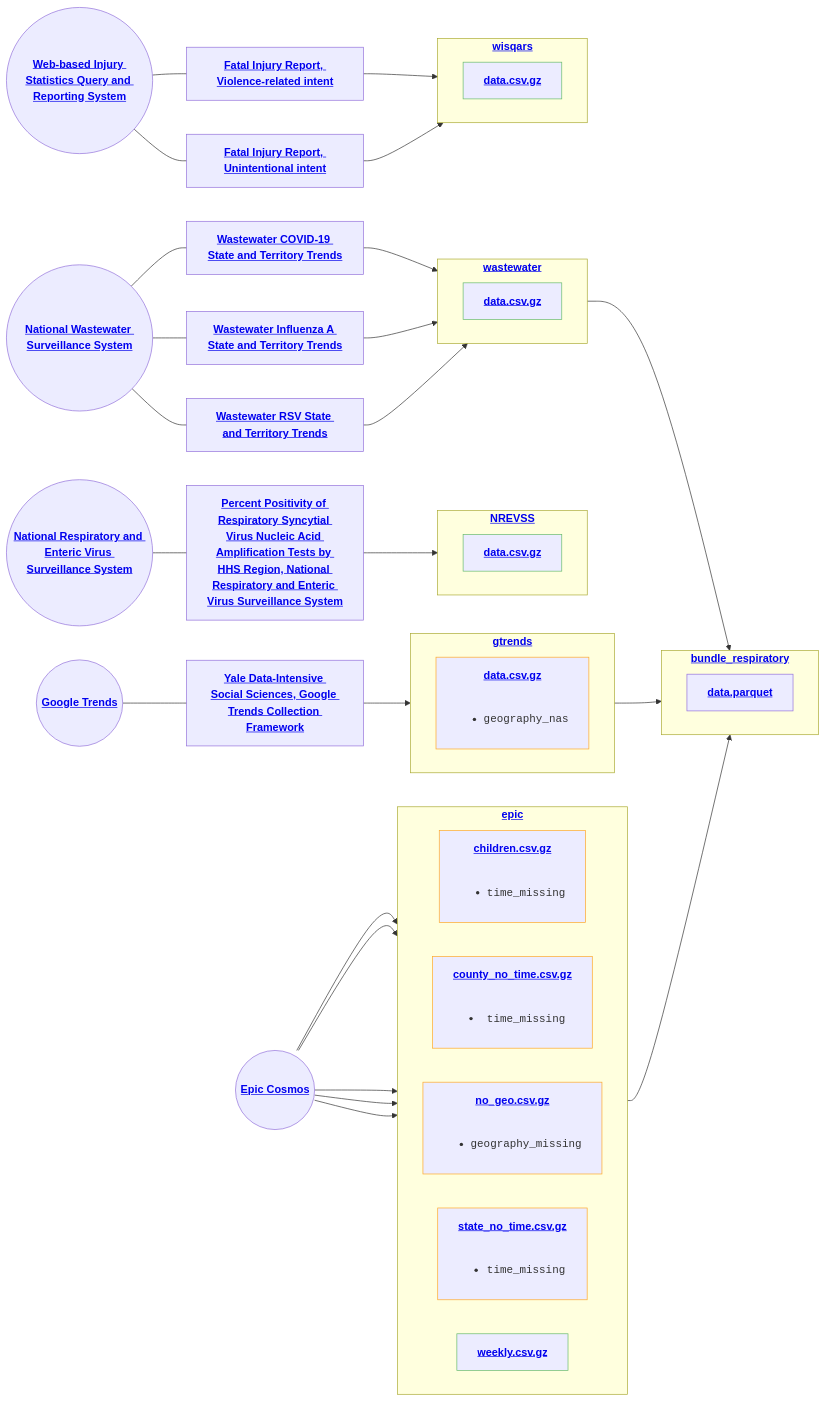
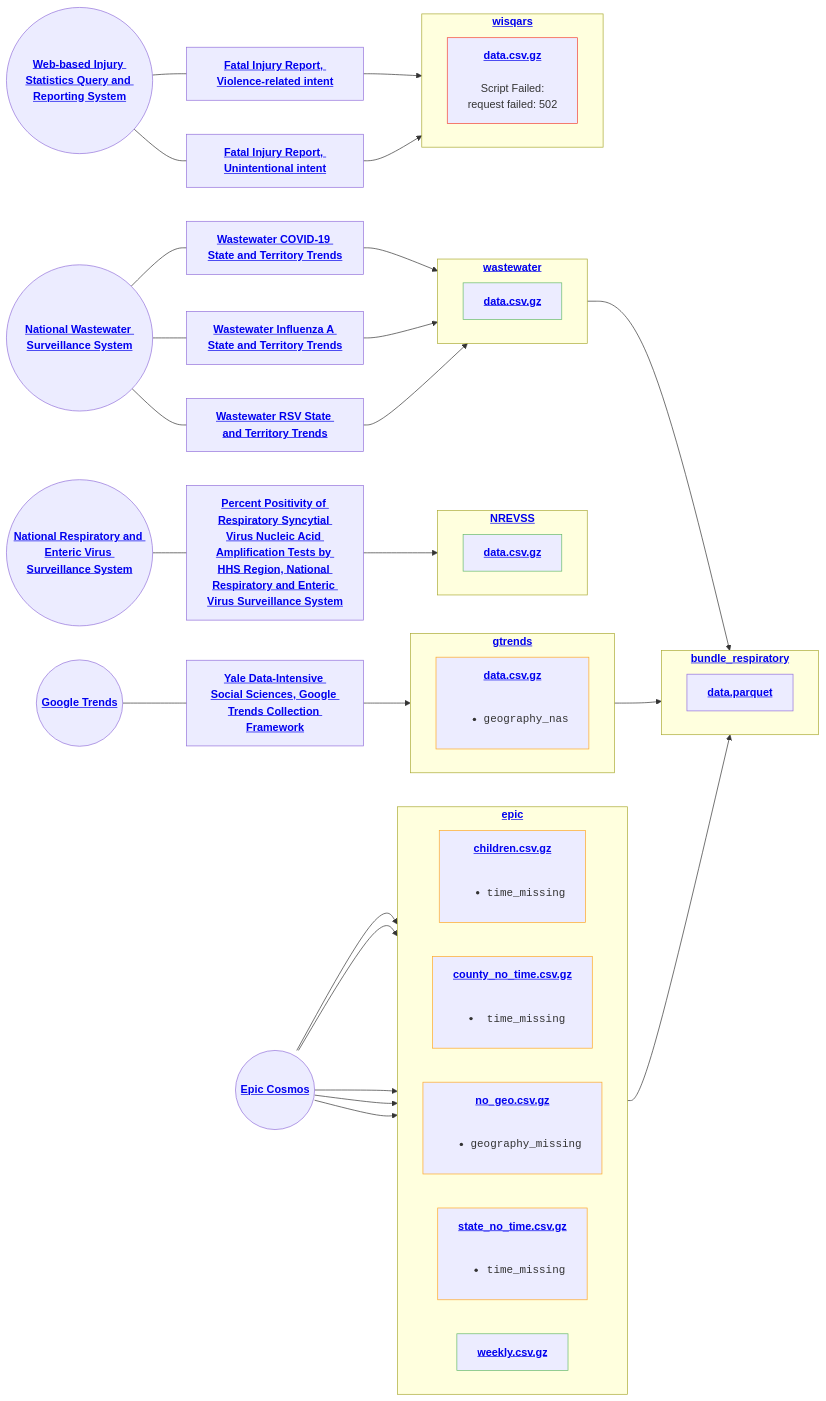
One commit to DISSC-yale/pophive_demo changed the diagram in status.md. Above: the diagram before and after it, drawn with Mermaid. The commit also changed 11 other files, not shown here.

````diff
--- a/status.md
+++ b/status.md
@@ -1,61 +1,61 @@
 ```mermaid
 flowchart LR
     classDef pass stroke:#66bb6a
     classDef warn stroke:#ffa726
     classDef fail stroke:#f44336
     s0(("<strong><a href="https://cosmos.epic.com" target="_blank" rel="noreferrer">Epic Cosmos</a></strong>"))
     s1(("<strong><a href="https://trends.google.com" target="_blank" rel="noreferrer">Google Trends</a></strong>"))
     s3(("<strong><a href="https://www.cdc.gov/nrevss" target="_blank" rel="noreferrer">National Respiratory and Enteric Virus Surveillance System</a></strong>"))
     s5(("<strong><a href="https://www.cdc.gov/nwss" target="_blank" rel="noreferrer">National Wastewater Surveillance System</a></strong>"))
     s9(("<strong><a href="https://wisqars.cdc.gov/" target="_blank" rel="noreferrer">Web-based Injury Statistics Query and Reporting System</a></strong>"))
     subgraph epic["`<strong><a href="https://github.com/dissc-yale/pophive_demo/tree/main/data/epic" target="_blank" rel="noreferrer">epic</a></strong>`"]
         direction LR
         n1["`<strong><a href="https://github.com/dissc-yale/pophive_demo/blob/main/data/epic/standard/children.csv.gz" target="_blank" rel="noreferrer">children.csv.gz</a></strong><br/><br/><ul><li><code>time_missing</code></li></ul>`"]:::warn
         n2["`<strong><a href="https://github.com/dissc-yale/pophive_demo/blob/main/data/epic/standard/county_no_time.csv.gz" target="_blank" rel="noreferrer">county_no_time.csv.gz</a></strong><br/><br/><ul><li><code>time_missing</code></li></ul>`"]:::warn
         n3["`<strong><a href="https://github.com/dissc-yale/pophive_demo/blob/main/data/epic/standard/no_geo.csv.gz" target="_blank" rel="noreferrer">no_geo.csv.gz</a></strong><br/><br/><ul><li><code>geography_missing</code></li></ul>`"]:::warn
         n4["`<strong><a href="https://github.com/dissc-yale/pophive_demo/blob/main/data/epic/standard/state_no_time.csv.gz" target="_blank" rel="noreferrer">state_no_time.csv.gz</a></strong><br/><br/><ul><li><code>time_missing</code></li></ul>`"]:::warn
         n5["`<strong><a href="https://github.com/dissc-yale/pophive_demo/blob/main/data/epic/standard/weekly.csv.gz" target="_blank" rel="noreferrer">weekly.csv.gz</a></strong>`"]:::pass
     end
     subgraph gtrends["`<strong><a href="https://github.com/dissc-yale/pophive_demo/tree/main/data/gtrends" target="_blank" rel="noreferrer">gtrends</a></strong>`"]
         direction LR
         n6["`<strong><a href="https://github.com/dissc-yale/pophive_demo/blob/main/data/gtrends/standard/data.csv.gz" target="_blank" rel="noreferrer">data.csv.gz</a></strong><br/><br/><ul><li><code>geography_nas</code></li></ul>`"]:::warn
     end
     subgraph NREVSS["`<strong><a href="https://github.com/dissc-yale/pophive_demo/tree/main/data/NREVSS" target="_blank" rel="noreferrer">NREVSS</a></strong>`"]
         direction LR
         n7["`<strong><a href="https://github.com/dissc-yale/pophive_demo/blob/main/data/NREVSS/standard/data.csv.gz" target="_blank" rel="noreferrer">data.csv.gz</a></strong>`"]:::pass
     end
     subgraph wastewater["`<strong><a href="https://github.com/dissc-yale/pophive_demo/tree/main/data/wastewater" target="_blank" rel="noreferrer">wastewater</a></strong>`"]
         direction LR
         n8["`<strong><a href="https://github.com/dissc-yale/pophive_demo/blob/main/data/wastewater/standard/data.csv.gz" target="_blank" rel="noreferrer">data.csv.gz</a></strong>`"]:::pass
     end
     subgraph wisqars["`<strong><a href="https://github.com/dissc-yale/pophive_demo/tree/main/data/wisqars" target="_blank" rel="noreferrer">wisqars</a></strong>`"]
         direction LR
-        n9["`<strong><a href="https://github.com/dissc-yale/pophive_demo/blob/main/data/wisqars/standard/data.csv.gz" target="_blank" rel="noreferrer">data.csv.gz</a></strong>`"]:::pass
+        n9["`<strong><a href="https://github.com/dissc-yale/pophive_demo/blob/main/data/wisqars/standard/data.csv.gz" target="_blank" rel="noreferrer">data.csv.gz</a></strong><br /><br />Script Failed:<br />request failed: 502`"]:::fail
     end
     subgraph bundle_respiratory["`<strong><a href="https://github.com/dissc-yale/pophive_demo/tree/main/data/bundle_respiratory" target="_blank" rel="noreferrer">bundle_respiratory</a></strong>`"]
         direction LR
         n10["`<strong><a href="https://github.com/dissc-yale/pophive_demo/blob/main/data/bundle_respiratory/dist/data.parquet" target="_blank" rel="noreferrer">data.parquet</a></strong>`"]
     end
     s0 --> n1
     s0 --> n2
     s0 --> n3
     s0 --> n4
     s0 --> n5
     s1---s2["<strong><a href="https://github.com/DISSC-yale/gtrends_collection" target="_blank" rel="noreferrer">Yale Data-Intensive Social Sciences, Google Trends Collection Framework</a></strong>"]
     s2 --> n6
     s3---s4["<strong><a href="https://data.cdc.gov/resource/3cxc-4k8q" target="_blank" rel="noreferrer">Percent Positivity of Respiratory Syncytial Virus Nucleic Acid Amplification Tests by HHS Region, National Respiratory and Enteric Virus Surveillance System</a></strong>"]
     s4 --> n7
     s5---s6["<strong><a href="https://www.cdc.gov/nwss/rv/COVID19-statetrend.html" target="_blank" rel="noreferrer">Wastewater COVID-19 State and Territory Trends</a></strong>"]
     s6 --> n8
     s5---s7["<strong><a href="https://www.cdc.gov/nwss/rv/InfluenzaA-statetrend.html" target="_blank" rel="noreferrer">Wastewater Influenza A State and Territory Trends</a></strong>"]
     s7 --> n8
     s5---s8["<strong><a href="https://www.cdc.gov/nwss/rv/RSV-statetrend.html" target="_blank" rel="noreferrer">Wastewater RSV State and Territory Trends</a></strong>"]
     s8 --> n8
     s9---s10["<strong><a href="https://wisqars.cdc.gov/reports/?o=MORT&i=8&m=20810&s=0&r=0&ry=2&y1=2018&y2=2023&a=ALL&g1=0&g2=199&a1=0&a2=199&r1=MECH&r2=AGEGP&r3=STATE&r4=YEAR&r5=NONE&r6=NONE&g=00&e=0&yp=65&me=0&t=0" target="_blank" rel="noreferrer">Fatal Injury Report, Violence-related intent</a></strong>"]
     s10 --> n9
     s9---s11["<strong><a href="https://wisqars.cdc.gov/reports/?o=MORT&i=1&m=20810&s=0&r=0&ry=2&y1=2018&y2=2023&a=ALL&g1=0&g2=199&a1=0&a2=199&r1=MECH&r2=AGEGP&r3=STATE&r4=YEAR&r5=NONE&r6=NONE&g=00&e=0&yp=65&me=0&t=0" target="_blank" rel="noreferrer">Fatal Injury Report, Unintentional intent</a></strong>"]
     s11 --> n9
     n5 --> bundle_respiratory
     n6 --> bundle_respiratory
     n8 --> bundle_respiratory
 ```
````
